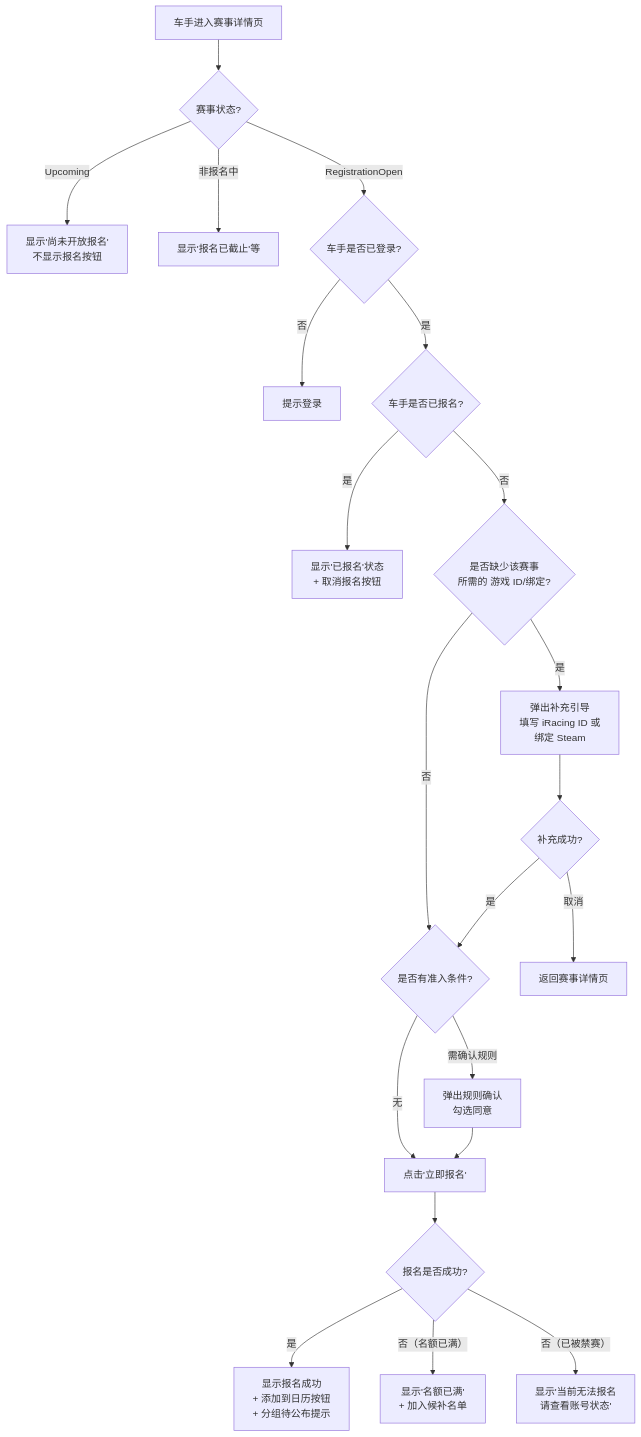
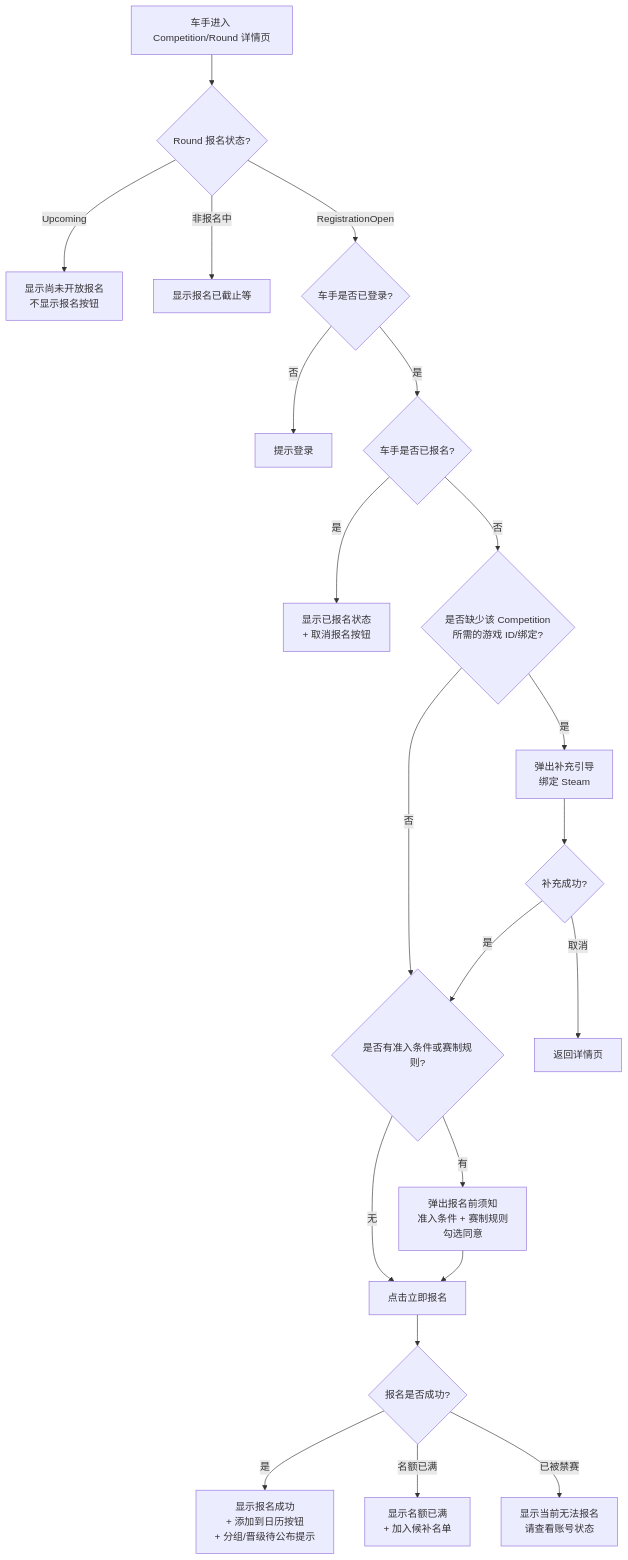
The tenth of 13 diagrams in PRD.md (SagaLinZP/Racing-Arcade-Admin), drawn with Mermaid before and after one commit. The commit also changed other lines of this file and 34 other files, not shown here.

````diff
--- a/PRD.md
+++ b/PRD.md
@@ -1158,30 +1256,30 @@
 ```mermaid
 flowchart TD
-    A[车手进入赛事详情页] --> B{赛事状态?}
-    B -->|Upcoming| B0[显示'尚未开放报名'<br/>不显示报名按钮]
-    B -->|非报名中| B1[显示'报名已截止'等]
-    B -->|RegistrationOpen| C{车手是否已登录?}
-    
-    C -->|否| C1[提示登录]
-    C -->|是| D{车手是否已报名?}
-    
-    D -->|是| D1[显示'已报名'状态<br/>+ 取消报名按钮]
-    D -->|否| E{是否缺少该赛事<br/>所需的 游戏 ID/绑定?}
-    
-    E -->|是| E2[弹出补充引导<br/>填写 iRacing ID 或<br/>绑定 Steam]
-    E -->|否| E3{是否有准入条件?}
-    
-    E2 --> E2A{补充成功?}
+    A["车手进入 Competition/Round 详情页"] --> B{"Round 报名状态?"}
+    B -->|Upcoming| B0["显示尚未开放报名<br/>不显示报名按钮"]
+    B -->|非报名中| B1["显示报名已截止等"]
+    B -->|RegistrationOpen| C{"车手是否已登录?"}
+
+    C -->|否| C1["提示登录"]
+    C -->|是| D{"车手是否已报名?"}
+
+    D -->|是| D1["显示已报名状态<br/>+ 取消报名按钮"]
+    D -->|否| E{"是否缺少该 Competition<br/>所需的游戏 ID/绑定?"}
+
+    E -->|是| E2["弹出补充引导<br/>绑定 Steam"]
+    E -->|否| E3{"是否有准入条件或赛制规则?"}
+
+    E2 --> E2A{"补充成功?"}
     E2A -->|是| E3
-    E2A -->|取消| D2[返回赛事详情页]
-    
-    E3 -->|无| F[点击'立即报名']
-    E3 -->|需确认规则| E1[弹出规则确认<br/>勾选同意]
-    
+    E2A -->|取消| D2["返回详情页"]
+
+    E3 -->|无| F["点击立即报名"]
+    E3 -->|有| E1["弹出报名前须知<br/>准入条件 + 赛制规则<br/>勾选同意"]
+
     E1 --> F
-    F --> G{报名是否成功?}
-    
-    G -->|是| H[显示报名成功<br/>+ 添加到日历按钮<br/>+ 分组待公布提示]
-    G -->|否（名额已满）| G1[显示'名额已满'<br/>+ 加入候补名单]
-    G -->|否（已被禁赛）| G2[显示'当前无法报名<br/>请查看账号状态']
+    F --> G{"报名是否成功?"}
+
+    G -->|是| H["显示报名成功<br/>+ 添加到日历按钮<br/>+ 分组/晋级待公布提示"]
+    G -->|名额已满| G1["显示名额已满<br/>+ 加入候补名单"]
+    G -->|已被禁赛| G2["显示当前无法报名<br/>请查看账号状态"]
 ```
````
